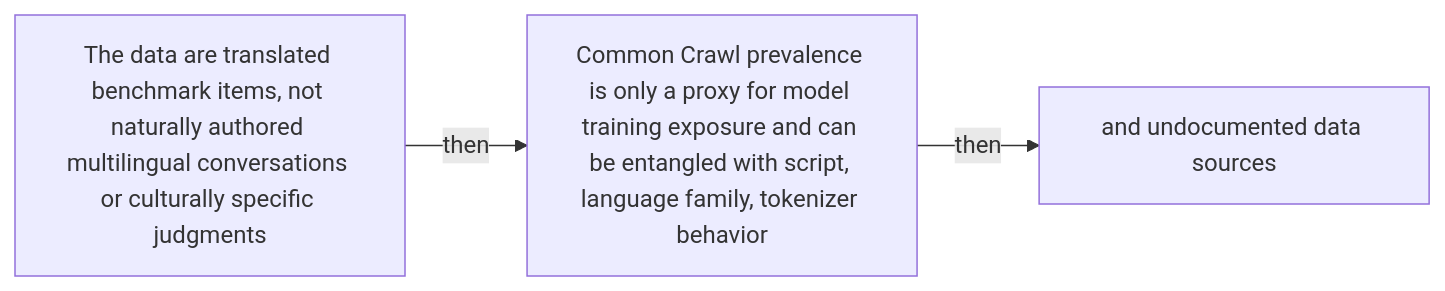
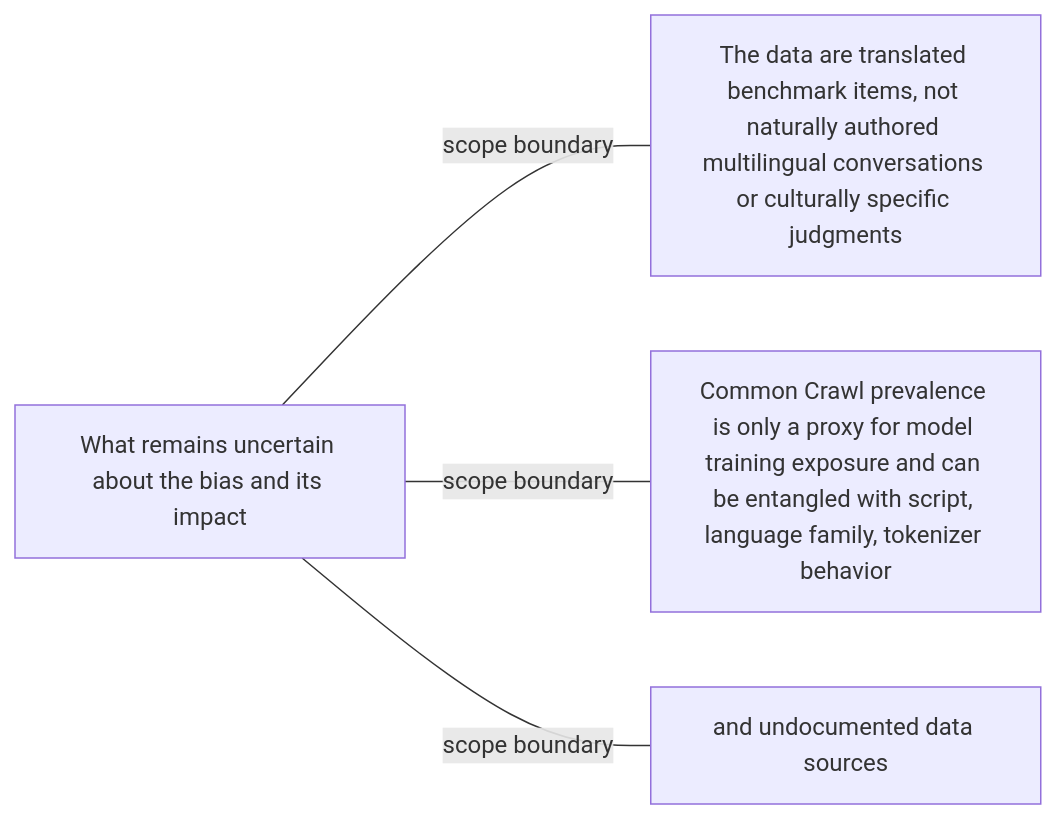
Before and after one commit to Betancourt1/paper_atlas: diagram 39 of 48 in docs/visual-manifests/VISUAL_MANIFEST_LLM_EVALUATORS_LANGUAGES.md, drawn with Mermaid. The commit also changed other lines of this file and 7 other files, not shown here.

````diff
--- a/docs/visual-manifests/VISUAL_MANIFEST_LLM_EVALUATORS_LANGUAGES.md
+++ b/docs/visual-manifests/VISUAL_MANIFEST_LLM_EVALUATORS_LANGUAGES.md
@@ -3314,8 +3314,10 @@
 ```mermaid
 flowchart LR
-  n1["The data are translated benchmark items, not naturally authored multilingual conversations or culturally specific judgments"]
-  n2["Common Crawl prevalence is only a proxy for model training exposure and can be entangled with script, language family, tokenizer behavior"]
-  n3["and undocumented data sources"]
-  n1 -->|"then"| n2
-  n2 -->|"then"| n3
+  center["What remains uncertain about the bias and its impact"]
+  f1["The data are translated benchmark items, not naturally authored multilingual conversations or culturally specific judgments"]
+  f2["Common Crawl prevalence is only a proxy for model training exposure and can be entangled with script, language family, tokenizer behavior"]
+  f3["and undocumented data sources"]
+  center ---|"scope boundary"| f1
+  center ---|"scope boundary"| f2
+  center ---|"scope boundary"| f3
 ```
````
